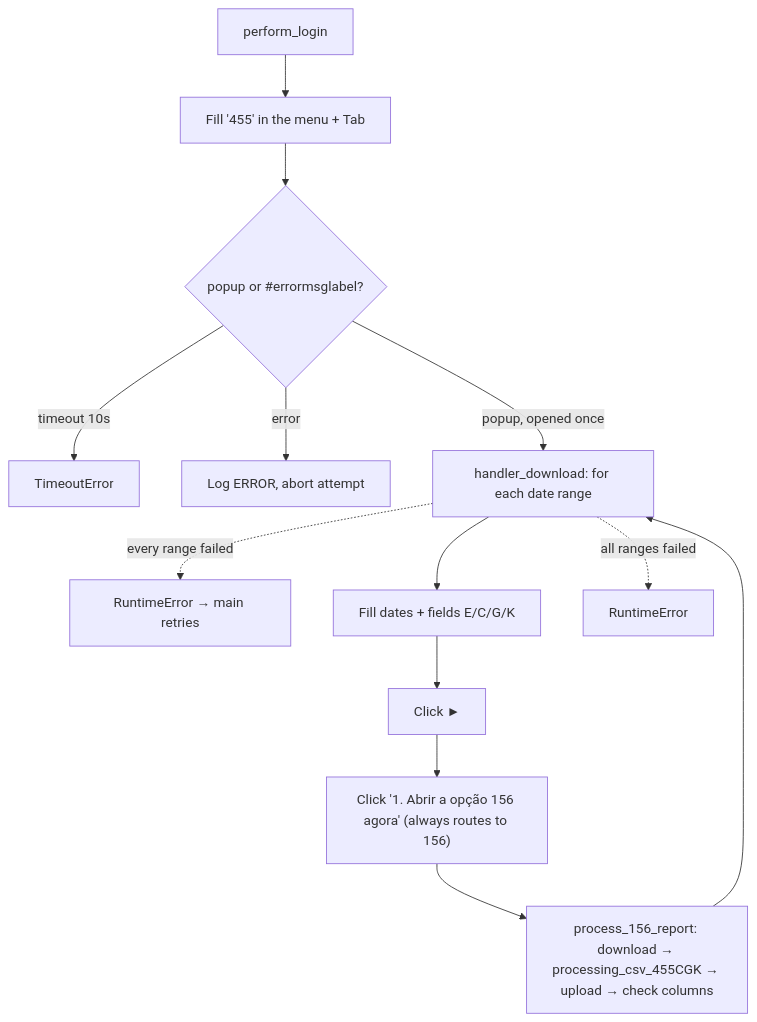
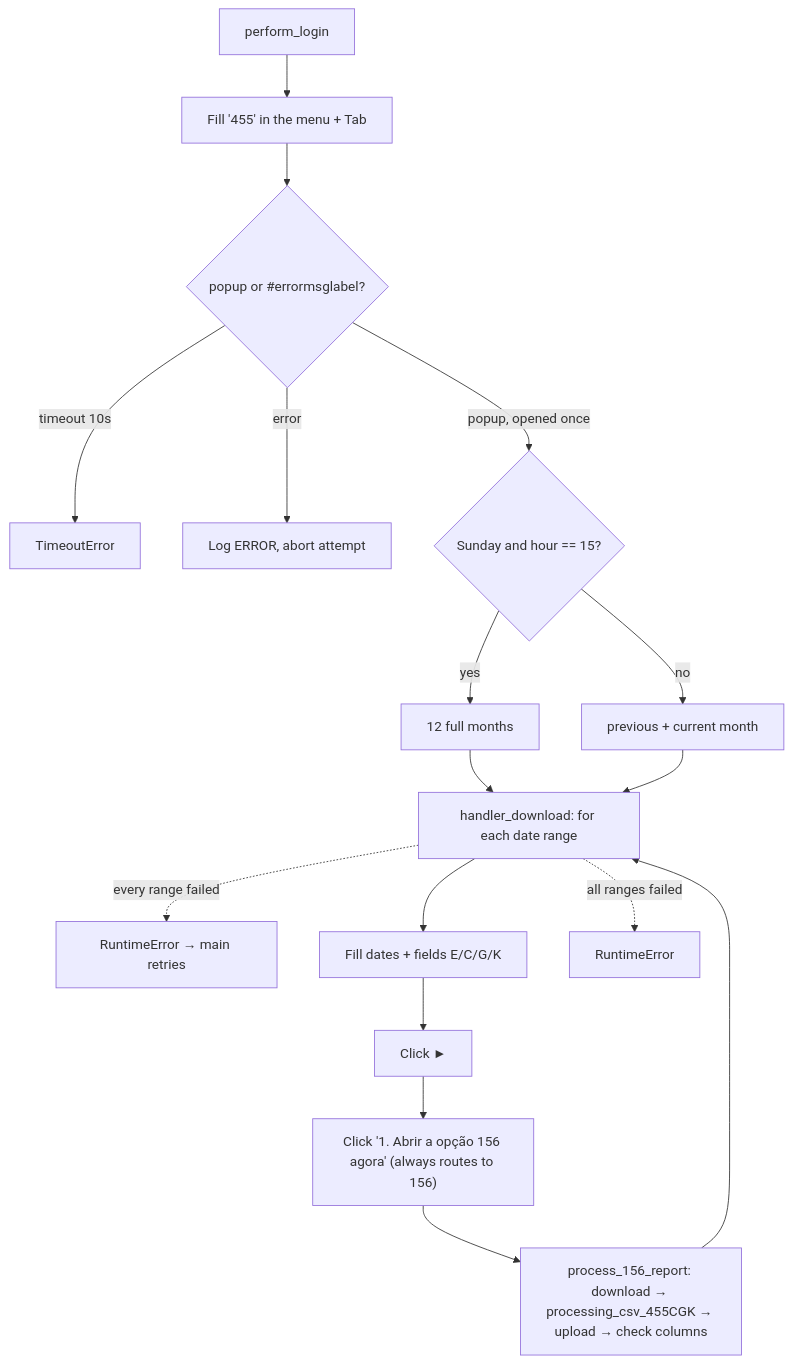
The diagram in 1DOCS/bot_455CGK.md (casedevalor/ssw_scraping), drawn with Mermaid before and after one commit. The commit also changed other lines of this file and 33 other files, not shown here.

First line of the commit message:
Restore 455 weekend 12-month backfill with day + hour gate

````diff
--- a/1DOCS/bot_455CGK.md
+++ b/1DOCS/bot_455CGK.md
@@ -29,15 +30,19 @@
 ```mermaid
 flowchart TD
     A[perform_login] --> B["Fill '455' in the menu + Tab"]
     B --> C0{popup or #errormsglabel?}
     C0 -->|timeout 10s| Z1[TimeoutError]
     C0 -->|error| Z2[Log ERROR, abort attempt]
-    C0 -->|popup, opened once| C[handler_download: for each date range]
+    C0 -->|popup, opened once| G0{"Sunday and hour == 15?"}
+    G0 -->|yes| R12[12 full months]
+    G0 -->|no| R2[previous + current month]
+    R12 --> C[handler_download: for each date range]
+    R2 --> C
     C -.->|every range failed| ZF[RuntimeError → main retries]
     C --> D[Fill dates + fields E/C/G/K]
     D --> E[Click ►]
     E --> F["Click '1. Abrir a opção 156 agora' (always routes to 156)"]
     F --> G["process_156_report: download → processing_csv_455CGK → upload → check columns"]
     G --> C
     C -.->|all ranges failed| H[RuntimeError]
 ```
````
